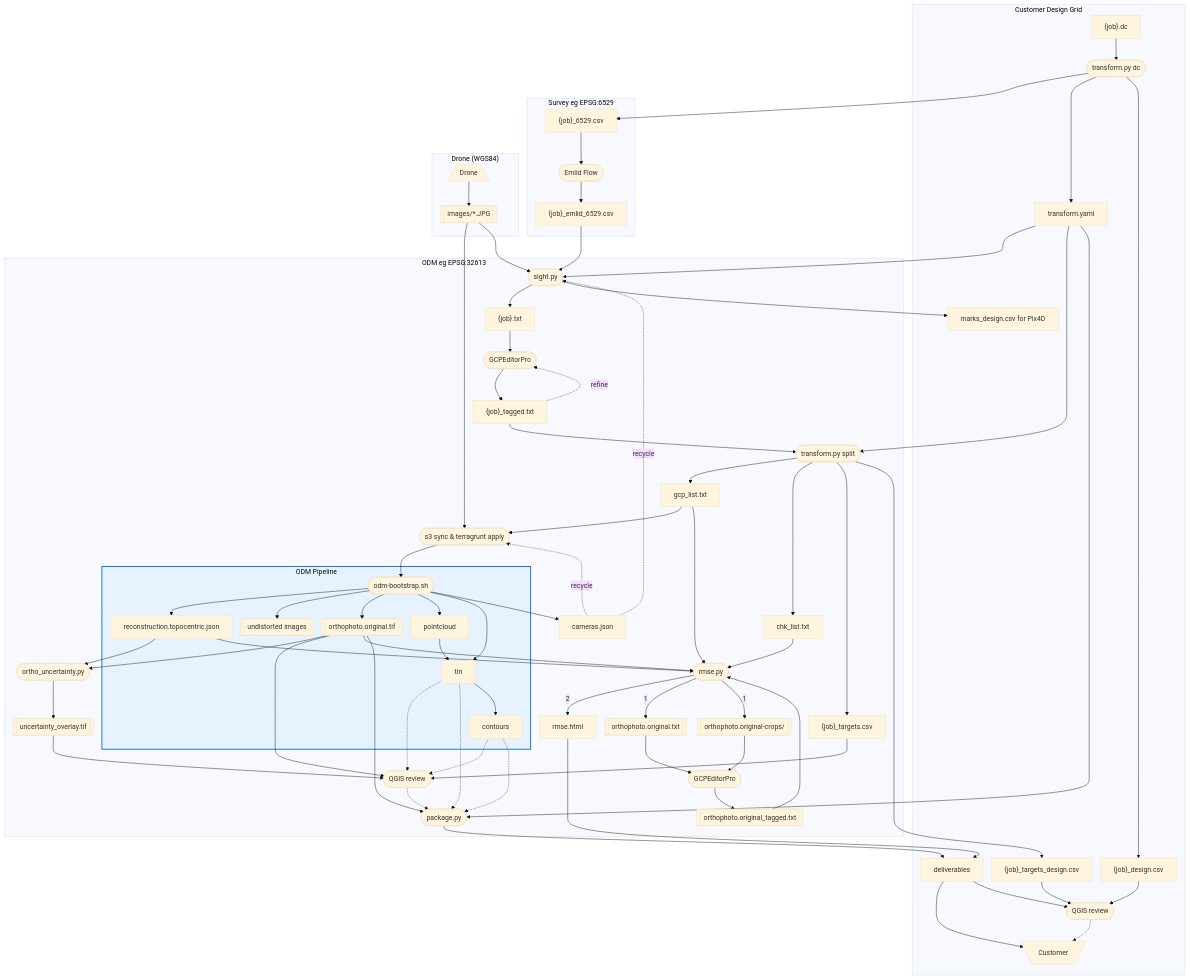
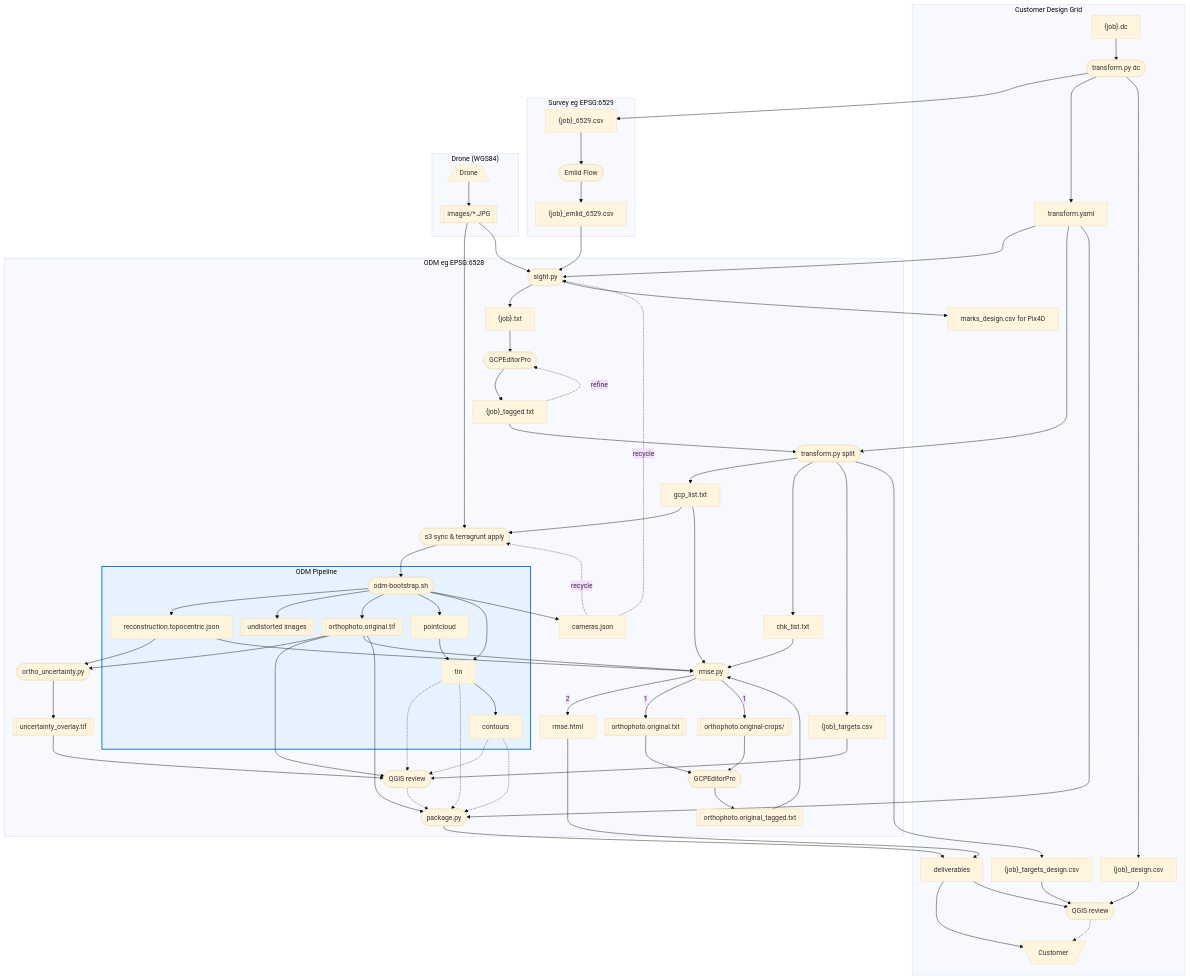
Before and after one commit to jrstear/geo: the diagram in docs/odm-workflow.md, drawn with Mermaid. The commit also changed other lines of this file and 2 other files, not shown here.

First line of the commit message:
docs: ODM CRS now metric counterpart of survey CRS, not UTM 13N

```diff
--- a/docs/odm-workflow.md
+++ b/docs/odm-workflow.md
@@ -70,7 +70,7 @@
         images
     end
 
-    subgraph "ODM eg EPSG:32613"
+    subgraph "ODM eg EPSG:6528"
         pretag
         sight
         gcpeditor
```
